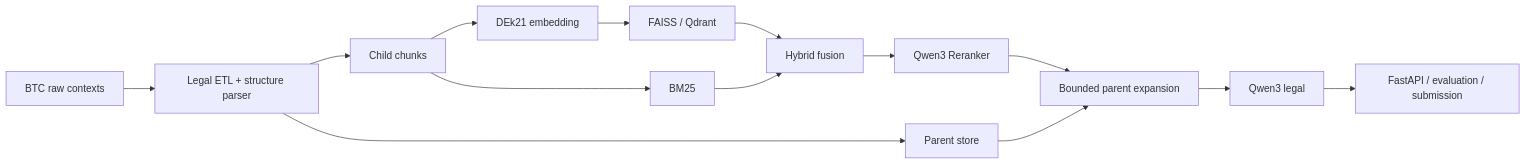
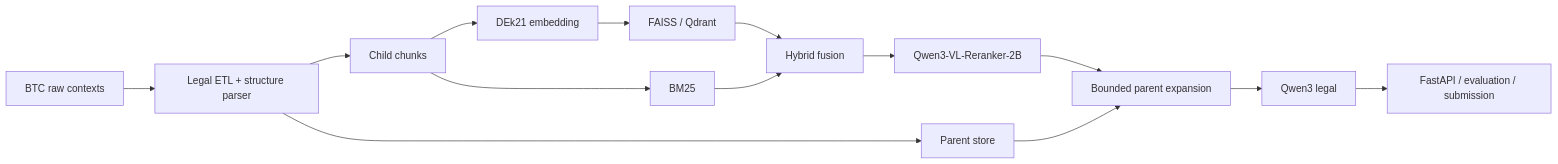
One commit to solvarhuynh/UIT-Data-Science-Challenge-2026 changed the diagram in README.md. Above: the diagram before and after it, drawn with Mermaid. The commit also changed other lines of this file and 61 other files, not shown here.

````diff
--- a/README.md
+++ b/README.md
@@ -44,16 +44,16 @@
 ```mermaid
 flowchart LR
     RAW[BTC raw contexts] --> ETL[Legal ETL + structure parser]
     ETL --> CHILD[Child chunks]
     ETL --> PARENT[Parent store]
     CHILD --> EMB[DEk21 embedding]
     EMB --> DENSE[FAISS / Qdrant]
     CHILD --> BM25[BM25]
     DENSE --> HYBRID[Hybrid fusion]
     BM25 --> HYBRID
-    HYBRID --> RERANK[Qwen3 Reranker]
+    HYBRID --> RERANK[Qwen3-VL-Reranker-2B]
     RERANK --> EXPAND[Bounded parent expansion]
     PARENT --> EXPAND
     EXPAND --> LLM[Qwen3 legal]
     LLM --> API[FastAPI / evaluation / submission]
 ```
````
